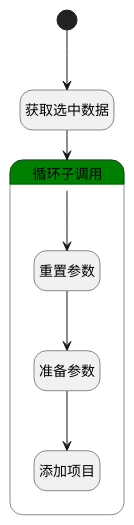
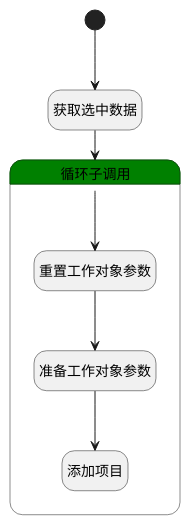
Before and after one commit to iBizLab/plm: the diagram in doc/docsify/module/Base/work/logic/add_project.md, drawn with PlantUML. The commit also changed other lines of this file and 1778 other files, not shown here.

````diff
--- a/doc/docsify/module/Base/work/logic/add_project.md
+++ b/doc/docsify/module/Base/work/logic/add_project.md
@@ -7,28 +7,28 @@
 ```plantuml
 @startuml
 hide empty description
 <style>
 root {
   HyperlinkColor #42b983
 }
 </style>
 
 hide empty description
 state "开始" as Begin <<start>> [[$./add_project#begin {"开始"}]]
 state "获取选中数据" as PREPAREPARAM2  [[$./add_project#prepareparam2 {"获取选中数据"}]]
 state "循环子调用" as LOOPSUBCALL1  [[$./add_project#loopsubcall1 {"循环子调用"}]] #green {
-state "重置参数" as RESETPARAM1  [[$./add_project#resetparam1 {"重置参数"}]]
-state "准备参数" as PREPAREPARAM1  [[$./add_project#prepareparam1 {"准备参数"}]]
+state "重置工作对象参数" as RESETPARAM1  [[$./add_project#resetparam1 {"重置工作对象参数"}]]
+state "准备工作对象参数" as PREPAREPARAM1  [[$./add_project#prepareparam1 {"准备工作对象参数"}]]
 state "添加项目" as DEACTION1  [[$./add_project#deaction1 {"添加项目"}]]
 }
 
 
 Begin --> PREPAREPARAM2
 PREPAREPARAM2 --> LOOPSUBCALL1
 LOOPSUBCALL1 --> RESETPARAM1
 RESETPARAM1 --> PREPAREPARAM1
 PREPAREPARAM1 --> DEACTION1
 
 
 @enduml
 ```
````
